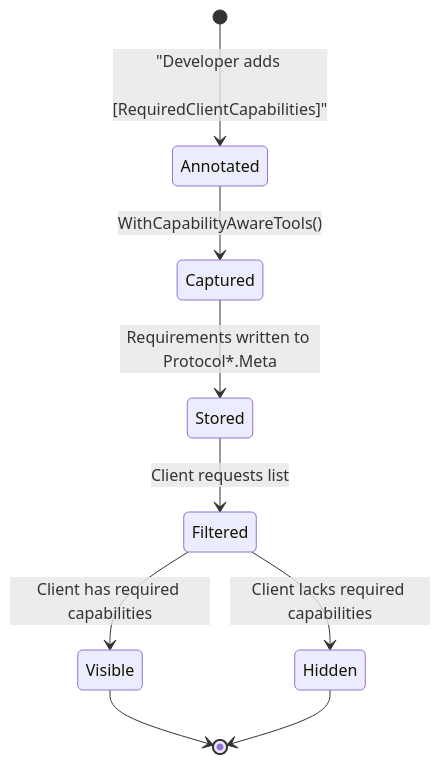
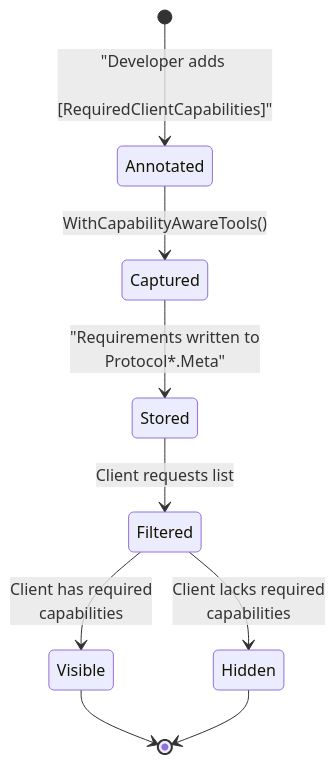
Before and after one commit to logichaos/McpCapabilities: the fifth of 6 diagrams in src/McpCapabilities.Server/README.md, drawn with Mermaid. The commit also changed 45 other files, not shown here.

````diff
--- a/src/McpCapabilities.Server/README.md
+++ b/src/McpCapabilities.Server/README.md
@@ -168,11 +168,11 @@
 ```mermaid
 stateDiagram-v2
     [*] --> Annotated: "Developer adds <br/> [RequiredClientCapabilities]"
     Annotated --> Captured: WithCapabilityAwareTools()
-    Captured --> Stored: Requirements written to Protocol*.Meta
+    Captured --> Stored: "Requirements written to <br/> Protocol*.Meta"
     Stored --> Filtered: Client requests list
-    Filtered --> Visible: Client has required capabilities
-    Filtered --> Hidden: Client lacks required capabilities
+    Filtered --> Visible: Client has required <br/> capabilities
+    Filtered --> Hidden: Client lacks required <br/ > capabilities
     Visible --> [*]
     Hidden --> [*]
 ```
````
